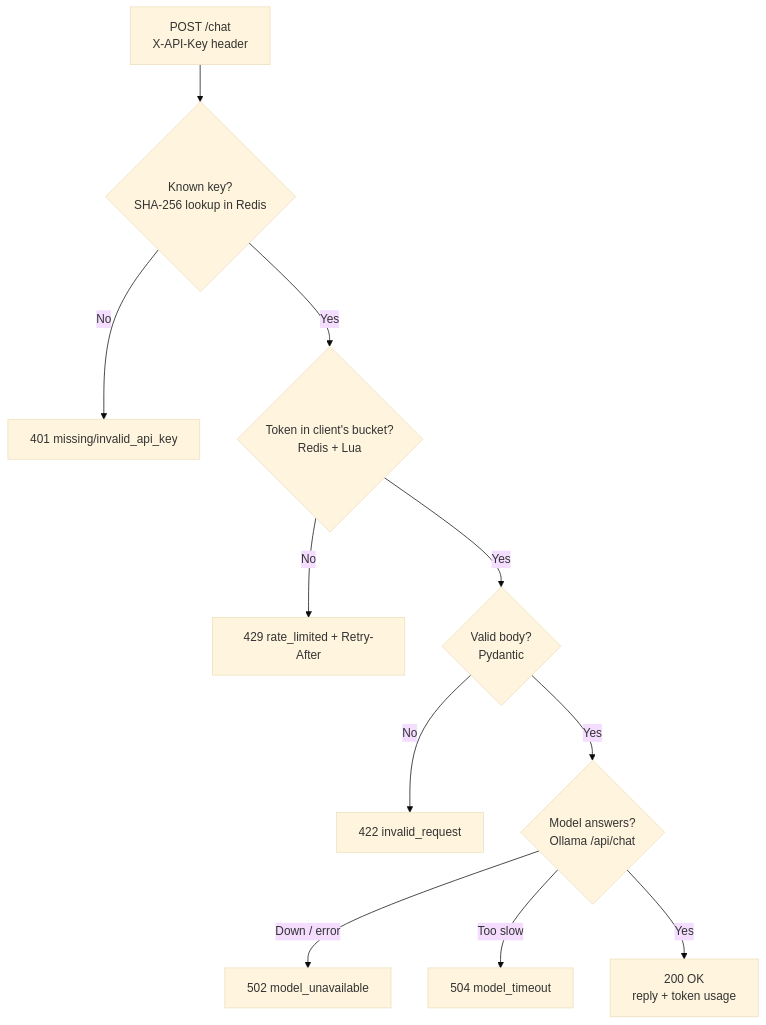
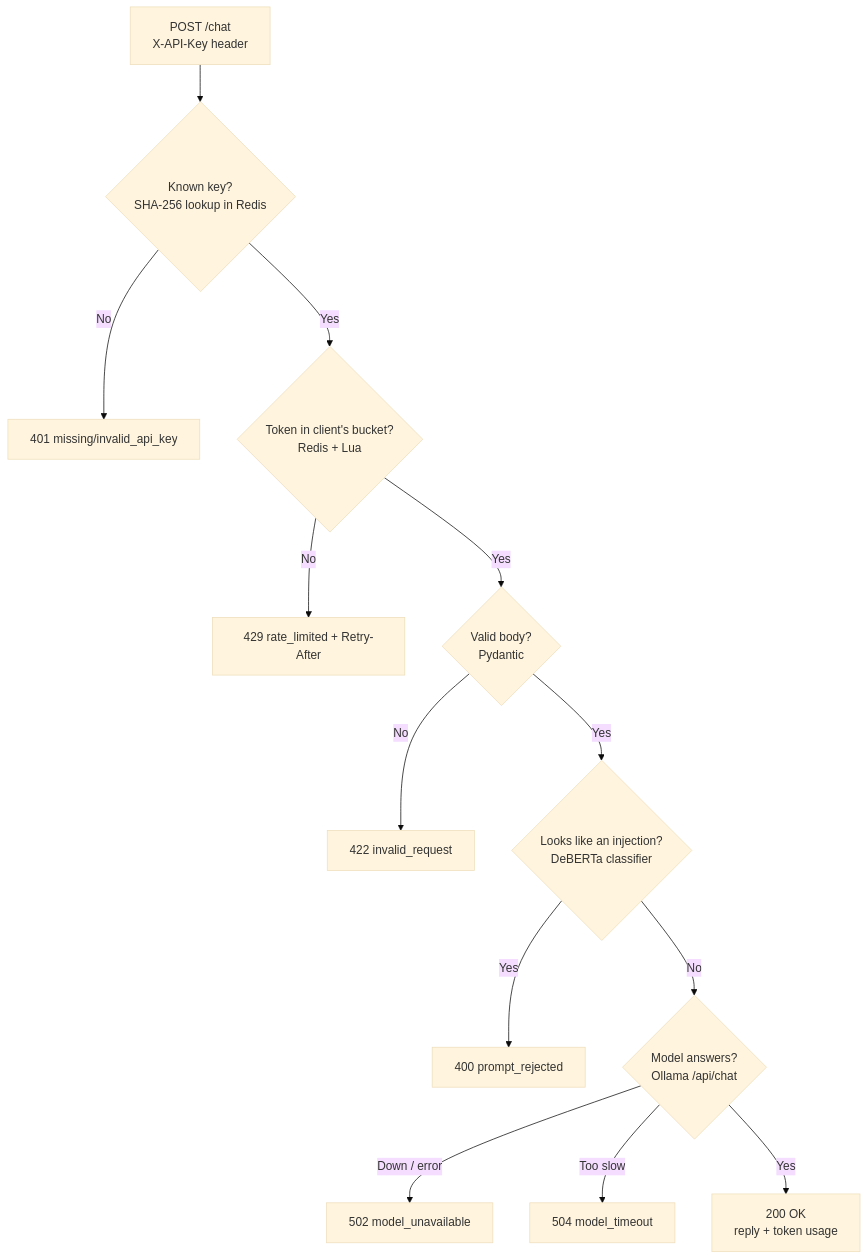
One commit to ChingangbamDpakAngom/aegis-gateway changed the first of 2 diagrams in README.md. Above: the diagram before and after it, drawn with Mermaid (base theme). The commit also changed other lines of this file and 9 other files, not shown here.

First line of the commit message:
phase4: screen prompts for injection before the model, with evaluation

````diff
--- a/README.md
+++ b/README.md
@@ -42,13 +42,15 @@
 ```mermaid
 flowchart TD
     A["POST /chat<br/>X-API-Key header"] --> B{"Known key?<br/>SHA-256 lookup in Redis"}
     B -->|"No"| X["401 missing/invalid_api_key"]
     B -->|"Yes"| C{"Token in client's bucket?<br/>Redis + Lua"}
     C -->|"No"| Y["429 rate_limited + Retry-After"]
     C -->|"Yes"| D{"Valid body?<br/>Pydantic"}
     D -->|"No"| Z["422 invalid_request"]
-    D -->|"Yes"| M{"Model answers?<br/>Ollama /api/chat"}
+    D -->|"Yes"| G{"Looks like an injection?<br/>DeBERTa classifier"}
+    G -->|"Yes"| R["400 prompt_rejected"]
+    G -->|"No"| M{"Model answers?<br/>Ollama /api/chat"}
     M -->|"Down / error"| W["502 model_unavailable"]
     M -->|"Too slow"| T["504 model_timeout"]
     M -->|"Yes"| E["200 OK<br/>reply + token usage"]
 ```
````
